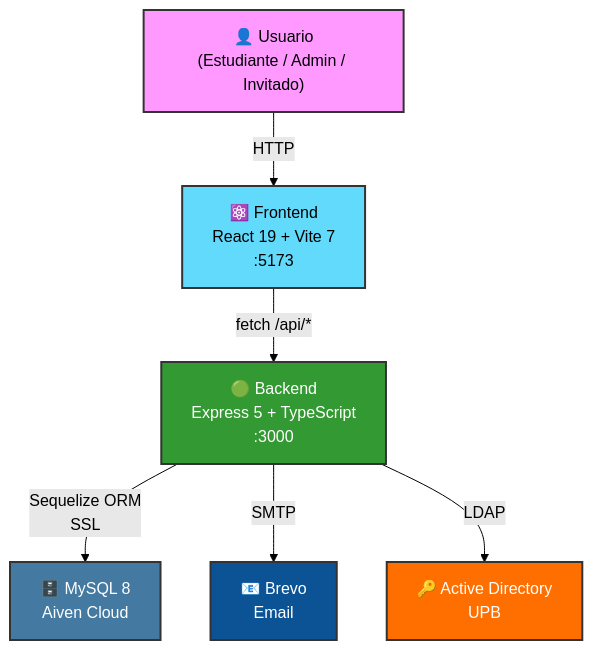
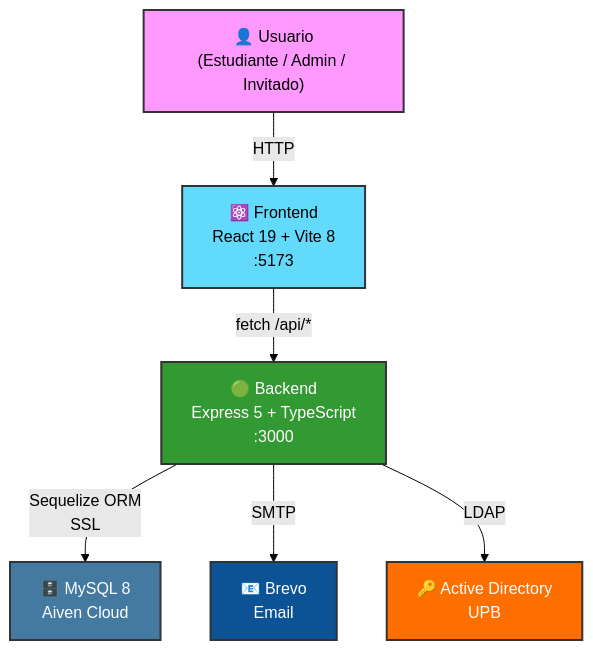
One commit to Dabji/Simulador-Credito-UPB changed the first of 3 diagrams in README.md. Above: the diagram before and after it, drawn with Mermaid (forest theme). The commit also changed other lines of this file and 26 other files, not shown here.

````diff
--- a/README.md
+++ b/README.md
@@ -155,15 +155,15 @@
 ```mermaid
 graph TD
-    A["👤 Usuario<br/>(Estudiante / Admin / Invitado)"] -->|HTTP| B["⚛️ Frontend<br/>React 19 + Vite 7<br/>:5173"]
+    A["👤 Usuario<br/>(Estudiante / Admin / Invitado)"] -->|HTTP| B["⚛️ Frontend<br/>React 19 + Vite 8<br/>:5173"]
     B -->|fetch /api/*| C["🟢 Backend<br/>Express 5 + TypeScript<br/>:3000"]
     C -->|Sequelize ORM<br/>SSL| D["🗄️ MySQL 8<br/>Aiven Cloud"]
     C -->|SMTP| E["📧 Brevo<br/>Email"]
     C -->|LDAP| F["🔑 Active Directory<br/>UPB"]
 
     style A fill:#f9f,stroke:#333,stroke-width:2px,color:#000
     style B fill:#61DAFB,stroke:#333,stroke-width:2px,color:#000
     style C fill:#339933,stroke:#333,stroke-width:2px,color:#fff
     style D fill:#4479A1,stroke:#333,stroke-width:2px,color:#fff
     style E fill:#0B5394,stroke:#333,stroke-width:2px,color:#fff
     style F fill:#FF6F00,stroke:#333,stroke-width:2px,color:#fff
 ```
````
